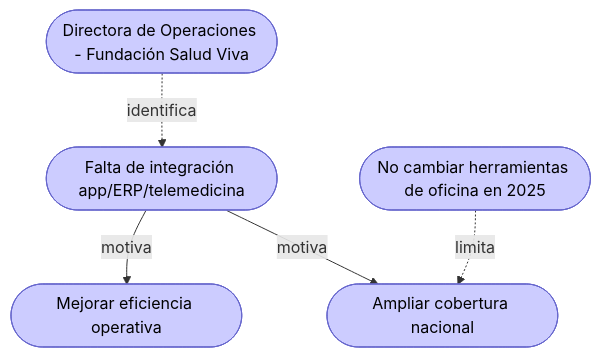
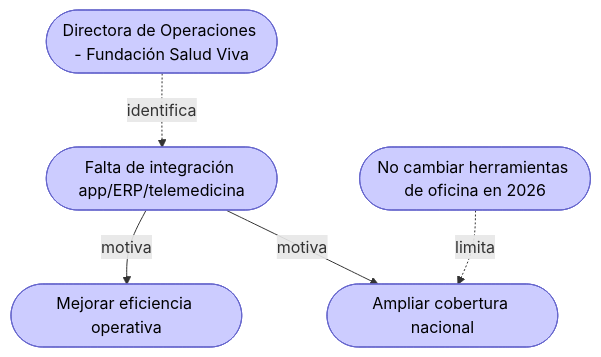
Before and after one commit to CesarAVegaF312/AREM-Taller_0_Preliminary_Vision: the second of 2 diagrams in clase/guia_paso_a_paso_preliminary_vision.md, drawn with Mermaid. The commit also changed other lines of this file and 2 other files, not shown here.

Commit message:
Corrige el cierre del Corte 1, los nombres de los talleres 1 y 2 y el año de las restricciones de ejemplo
README: el Corte 1 cierra el sábado 15 de agosto y se sustenta el 22, según el calendario confirmado de AREM-Proyecto-Cliente (decía 14 de agosto); los talleres 1 y 2 se nombran como BPMN y Modelo de Información y Diagrama de Contexto; el marco se precisa como TOGAF Standard, 10th Edition. Guía: las restricciones de ejemplo dicen 2026 (el curso es 2026-II). Plantilla de referencias: la cita de IA pasa a una forma genérica (herramienta y mes real de uso) y se agrega la sección «Antes de citar un caso o una norma» con 4 pasos: abrir la fuente primaria, comprobar que dice lo que se afirma, conectarla con una decisión del taller y anotar el mes de verificación.

````diff
--- a/clase/guia_paso_a_paso_preliminary_vision.md
+++ b/clase/guia_paso_a_paso_preliminary_vision.md
@@ -133,16 +133,16 @@
 ```mermaid
 flowchart TD
     stakeholder(["Directora de Operaciones - Fundación Salud Viva"])
     driver(["Falta de integración app/ERP/telemedicina"])
     goal1(["Mejorar eficiencia operativa"])
     goal2(["Ampliar cobertura nacional"])
-    constraint(["No cambiar herramientas de oficina en 2025"])
+    constraint(["No cambiar herramientas de oficina en 2026"])
 
     stakeholder -.->|"identifica"| driver
     driver -->|"motiva"| goal1
     driver -->|"motiva"| goal2
     constraint -.->|"limita"| goal2
 
     classDef motivacion fill:#ccccff,color:#000,stroke:#6666cc;
     class stakeholder,driver,goal1,goal2,constraint motivacion
 ```
````
